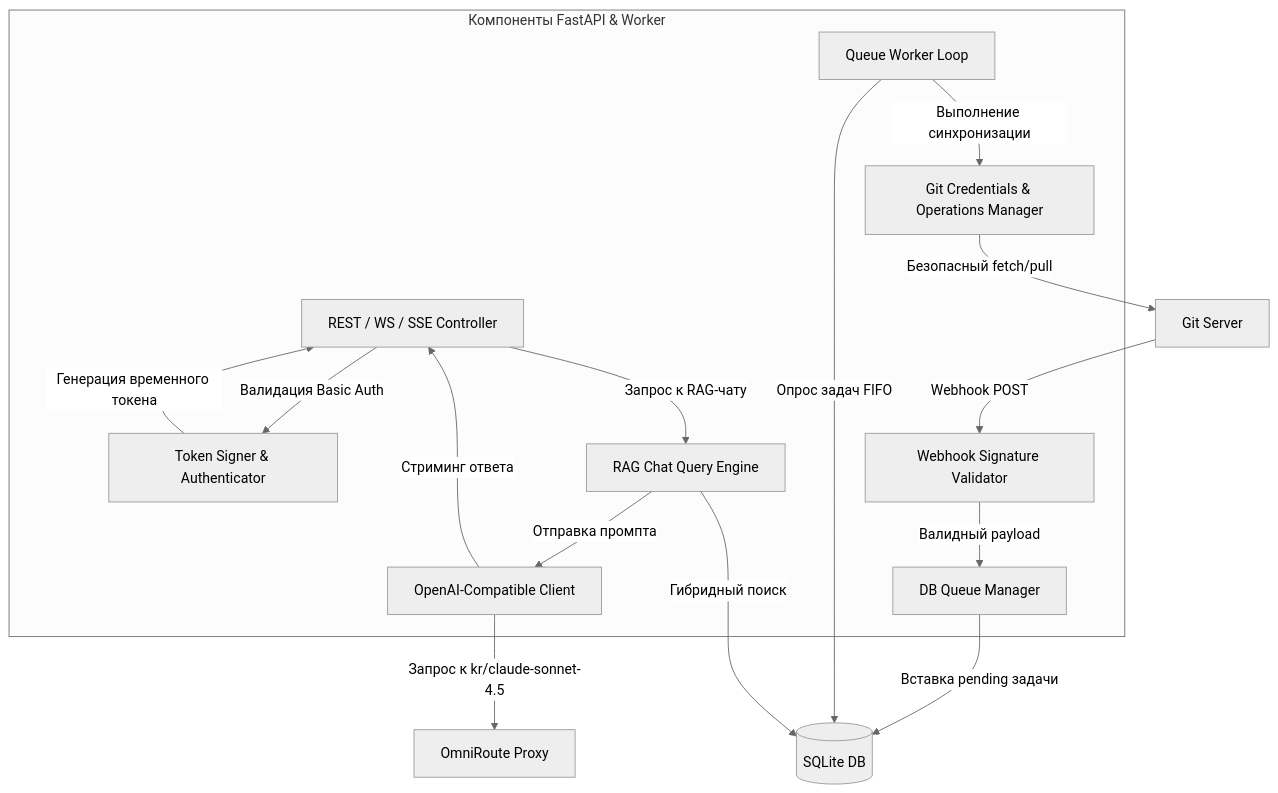
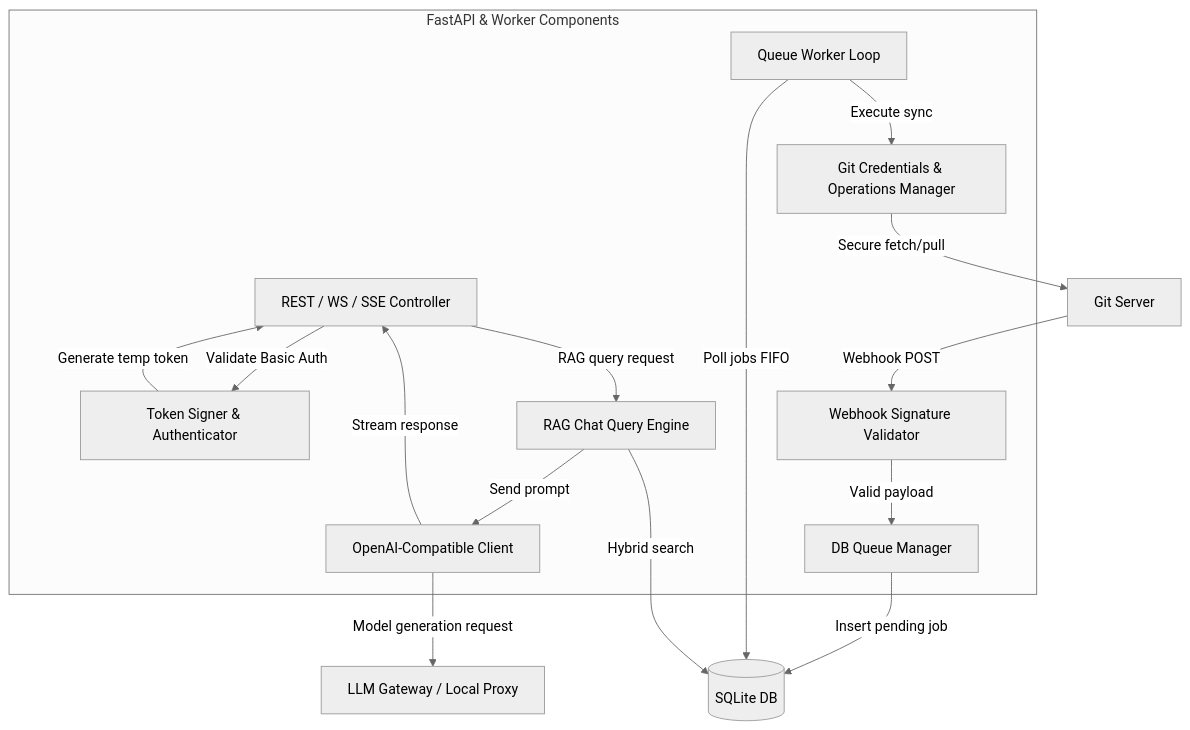
The third of 3 diagrams in _bmad-output/planning-artifacts/architecture/architecture-knowledgebase-mcp-2026-06-30/solution_design.md (PaulTheSecond/knowledgebase-mcp), drawn with Mermaid (neutral theme) before and after one commit. The commit also changed other lines of this file and 33 other files, not shown here.

Commit message:
docs: translate architecture specifications and ADRs to Russian

````diff
--- a/_bmad-output/planning-artifacts/architecture/architecture-knowledgebase-mcp-2026-06-30/solution_design.md
+++ b/_bmad-output/planning-artifacts/architecture/architecture-knowledgebase-mcp-2026-06-30/solution_design.md
@@ -76,34 +76,34 @@
 ```mermaid
 flowchart TD
-    subgraph WebDaemonProcess ["Компоненты FastAPI & Worker"]
+    subgraph WebDaemonProcess ["FastAPI & Worker Components"]
         API["REST / WS / SSE Controller"]
         Auth["Token Signer & Authenticator"]
         WebhookVal["Webhook Signature Validator"]
         QueueManager["DB Queue Manager"]
         SyncWorker["Queue Worker Loop"]
         GitMgr["Git Credentials & Operations Manager"]
         RAGEngine["RAG Chat Query Engine"]
         OmniClient["OpenAI-Compatible Client"]
     end
 
     DB[("SQLite DB")]
     GitServer["Git Server"]
-    OmniRoute["OmniRoute Proxy"]
+    OmniRoute["LLM Gateway / Local Proxy"]
 
     GitServer -->|Webhook POST| WebhookVal
-    WebhookVal -->|Валидный payload| QueueManager
-    QueueManager -->|Вставка pending задачи| DB
+    WebhookVal -->|Valid payload| QueueManager
+    QueueManager -->|Insert pending job| DB
 
-    SyncWorker -->|Опрос задач FIFO| DB
-    SyncWorker -->|Выполнение синхронизации| GitMgr
-    GitMgr -->|Безопасный fetch/pull| GitServer
+    SyncWorker -->|Poll jobs FIFO| DB
+    SyncWorker -->|Execute sync| GitMgr
+    GitMgr -->|Secure fetch/pull| GitServer
     
-    API -->|Запрос к RAG-чату| RAGEngine
-    RAGEngine -->|Гибридный поиск| DB
-    RAGEngine -->|Отправка промпта| OmniClient
-    OmniClient -->|Запрос к kr/claude-sonnet-4.5| OmniRoute
-    OmniClient -->|Стриминг ответа| API
+    API -->|RAG query request| RAGEngine
+    RAGEngine -->|Hybrid search| DB
+    RAGEngine -->|Send prompt| OmniClient
+    OmniClient -->|Model generation request| OmniRoute
+    OmniClient -->|Stream response| API
     
-    API -->|Валидация Basic Auth| Auth
-    Auth -->|Генерация временного токена| API
+    API -->|Validate Basic Auth| Auth
+    Auth -->|Generate temp token| API
 ```
````
